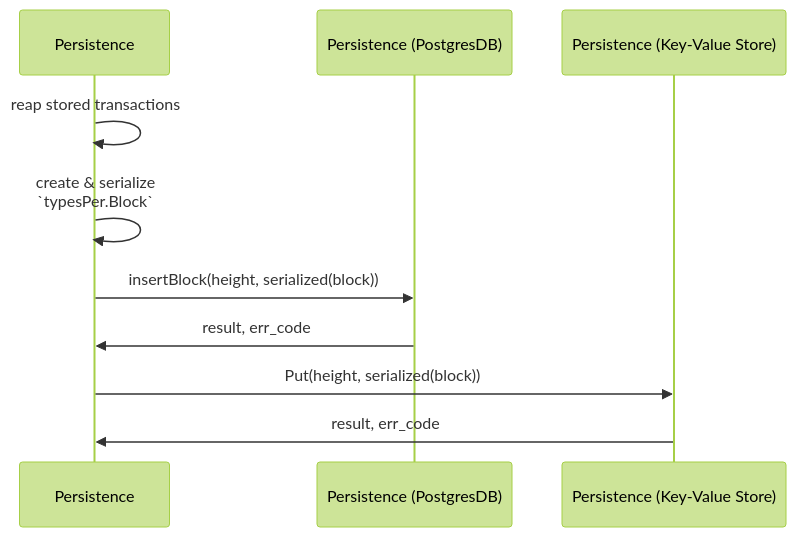
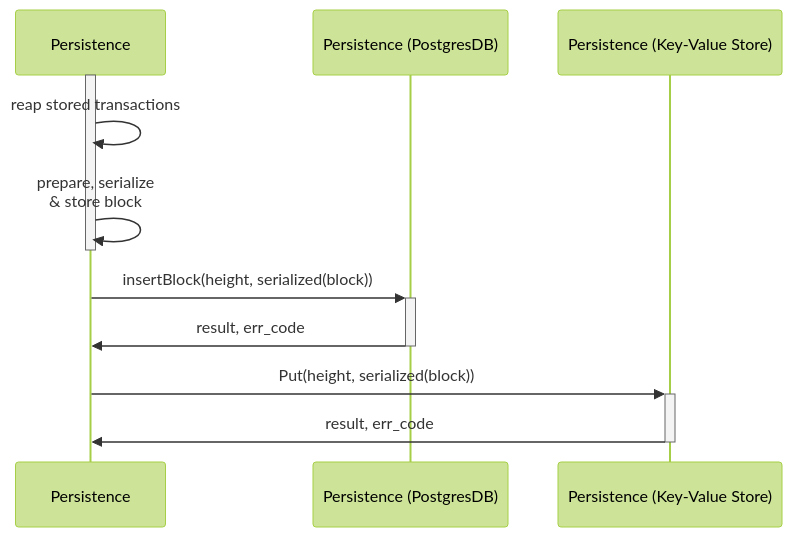
Before and after one commit to pokt-network/pocket: the second of 2 diagrams in persistence/docs/AppHash.md, drawn with Mermaid (forest theme). The commit also changed other lines of this file and 1 other file, not shown here.

````diff
--- a/persistence/docs/AppHash.md
+++ b/persistence/docs/AppHash.md
@@ -30,15 +33,17 @@
 ```mermaid
 sequenceDiagram
     %% autonumber
     participant P as Persistence
     participant PP as Persistence (PostgresDB)
     participant PK as Persistence (Key-Value Store)
 
+    activate P
     P->>P: reap stored transactions
-    P->>P: create & serialize<br>`typesPer.Block`
-    P->>PP: insertBlock(height, serialized(block))
-    PP->>P: result, err_code
-    P->>PK: Put(height, serialized(block))
-    PK->>P: result, err_code
+    P->>P: prepare, serialize <br> & store block
+    deactivate P
 
+    P->>+PP: insertBlock(height, serialized(block))
+    PP->>-P: result, err_code
+    P->>+PK: Put(height, serialized(block))
+    PK->>-P: result, err_code
 ```
````
